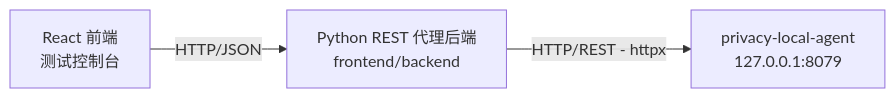
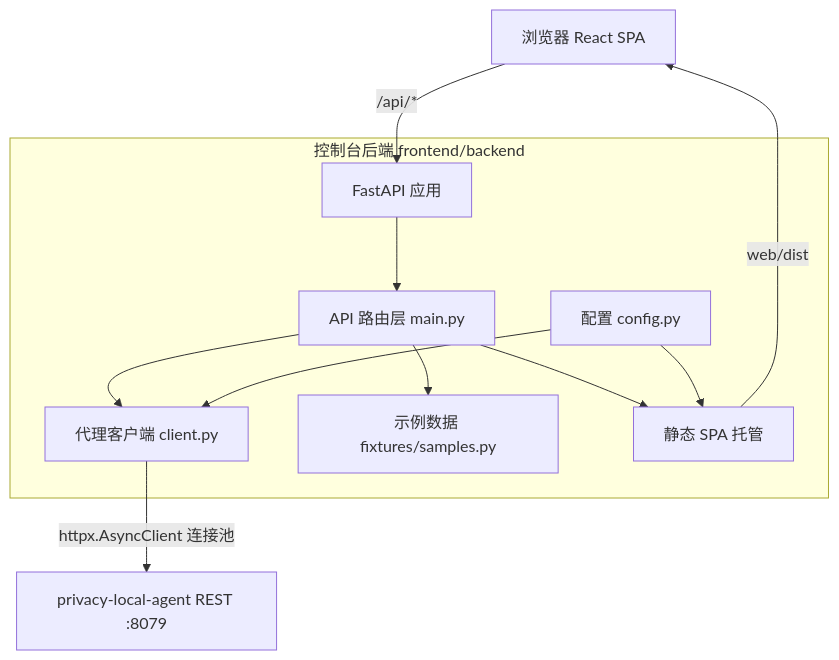
One commit to fengzhizi319/privacy-local-agent changed the first of 2 diagrams in frontend/backend/docs/design.md. Above: the diagram before and after it, drawn with Mermaid. The commit also changed other lines of this file and 20 other files, not shown here.

First line of the commit message:
fix: gRPC图片分类稳定性增强与响应精简

````diff
--- a/frontend/backend/docs/design.md
+++ b/frontend/backend/docs/design.md
@@ -18,5 +38,16 @@
 ```mermaid
-graph LR
-    A[React 前端<br/>测试控制台] -->|HTTP/JSON| B[Python REST 代理后端<br/>frontend/backend]
-    B -->|HTTP/REST - httpx| C[privacy-local-agent<br/>127.0.0.1:8079]
+graph TD
+    Browser[浏览器 React SPA] -- /api/* --> FastAPI[FastAPI 应用]
+
+    subgraph Backend [控制台后端 frontend/backend]
+        FastAPI --> Routes[API 路由层 main.py]
+        Routes --> Client[代理客户端 client.py]
+        Routes --> Samples[示例数据 fixtures/samples.py]
+        Routes --> Static[静态 SPA 托管]
+        Config[配置 config.py] --> Client
+        Config --> Static
+    end
+
+    Client -- httpx.AsyncClient 连接池 --> Agent[privacy-local-agent REST :8079]
+    Static -- web/dist --> Browser
 ```
````
